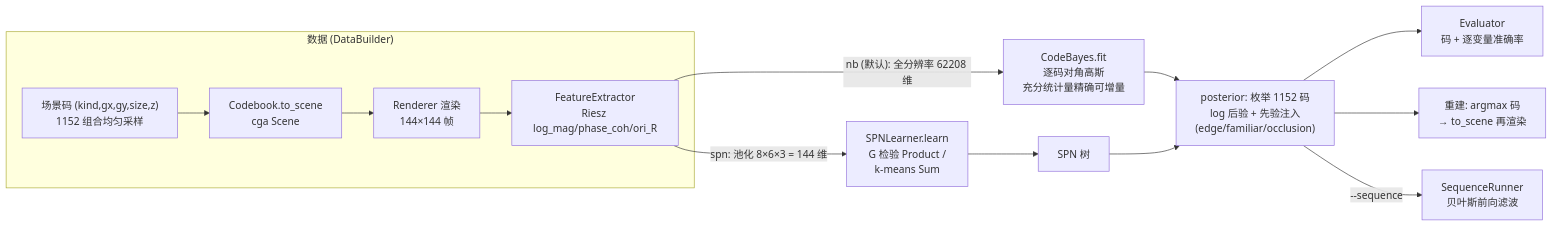
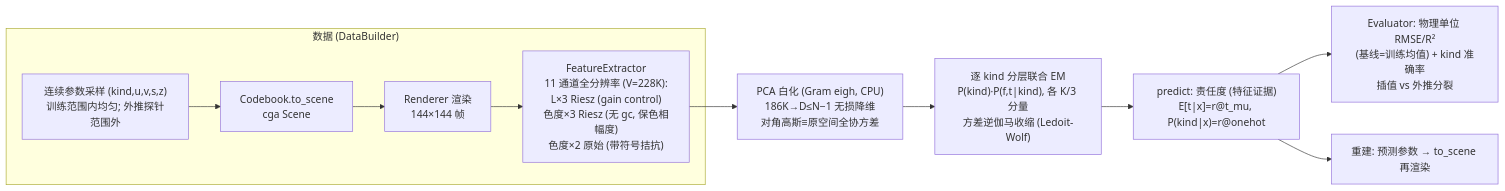
The first of 3 diagrams in docs/architecture.md (aki-xavier/conger), drawn with Mermaid before and after one commit. The commit also changed other lines of this file and 25 other files, not shown here.

````diff
--- a/docs/architecture.md
+++ b/docs/architecture.md
@@ -8,16 +17,14 @@
 ```mermaid
 flowchart LR
     subgraph DATA["数据 (DataBuilder)"]
-        CODE["场景码 (kind,gx,gy,size,z)<br/>1152 组合均匀采样"] --> SCENE["Codebook.to_scene<br/>cga Scene"]
+        SAMPLE["连续参数采样 (kind,u,v,s,z)<br/>训练范围内均匀; 外推探针范围外"]
+        --> SCENE["Codebook.to_scene<br/>cga Scene"]
         SCENE --> RENDER["Renderer 渲染<br/>144×144 帧"]
-        RENDER --> FEAT["FeatureExtractor<br/>Riesz log_mag/phase_coh/ori_R"]
+        RENDER --> FEAT["FeatureExtractor<br/>11 通道全分辨率 (V=228K):<br/>L×3 Riesz (gain control)<br/>色度×3 Riesz (无 gc, 保色相幅度)<br/>色度×2 原始 (带符号拮抗)"]
     end
-    FEAT -->|"nb (默认): 全分辨率 62208 维"| CB["CodeBayes.fit<br/>逐码对角高斯<br/>充分统计量精确可增量"]
-    FEAT -->|"spn: 池化 8×6×3 = 144 维"| LEARN["SPNLearner.learn<br/>G 检验 Product /<br/>k-means Sum"]
-    LEARN --> SPN["SPN 树"]
-    CB --> POST
-    SPN --> POST["posterior: 枚举 1152 码<br/>log 后验 + 先验注入<br/>(edge/familiar/occlusion)"]
-    POST --> EVAL["Evaluator<br/>码 + 逐变量准确率"]
-    POST --> RECON["重建: argmax 码<br/>→ to_scene 再渲染"]
-    POST -->|"--sequence"| SEQ["SequenceRunner<br/>贝叶斯前向滤波"]
+    FEAT --> W["PCA 白化 (Gram eigh, CPU)<br/>186K→D≤N−1 无损降维<br/>对角高斯≡原空间全协方差"]
+    W --> EM["逐 kind 分层联合 EM<br/>P(kind)·P(f,t|kind), 各 K/3 分量<br/>方差逆伽马收缩 (Ledoit-Wolf)"]
+    EM --> PRED["predict: 责任度 (特征证据)<br/>E[t|x]=r@t_mu, P(kind|x)=r@onehot"]
+    PRED --> EVAL["Evaluator: 物理单位 RMSE/R²<br/>(基线=训练均值) + kind 准确率<br/>插值 vs 外推分裂"]
+    PRED --> RECON["重建: 预测参数 → to_scene 再渲染"]
 ```
````
